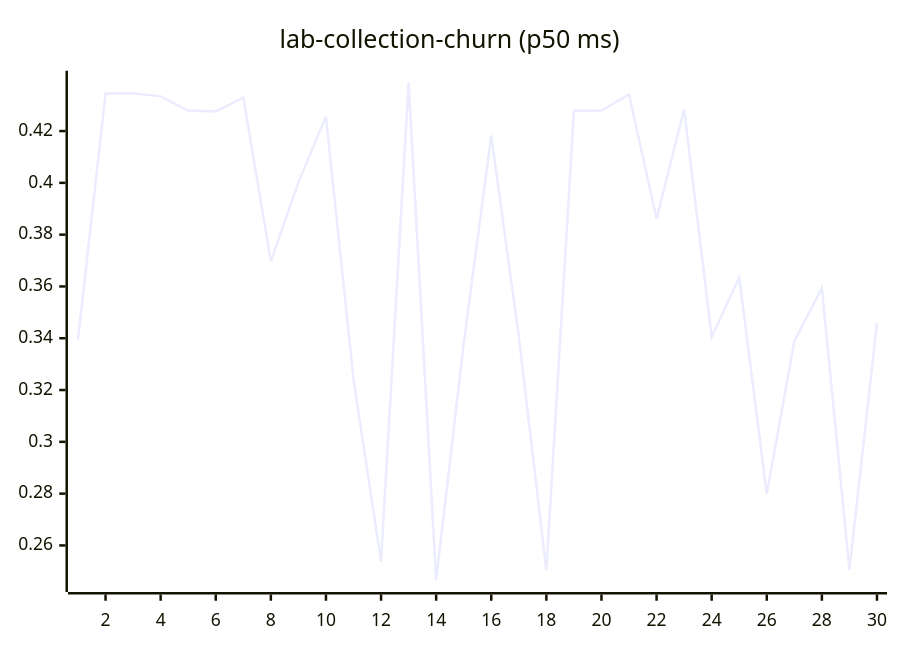
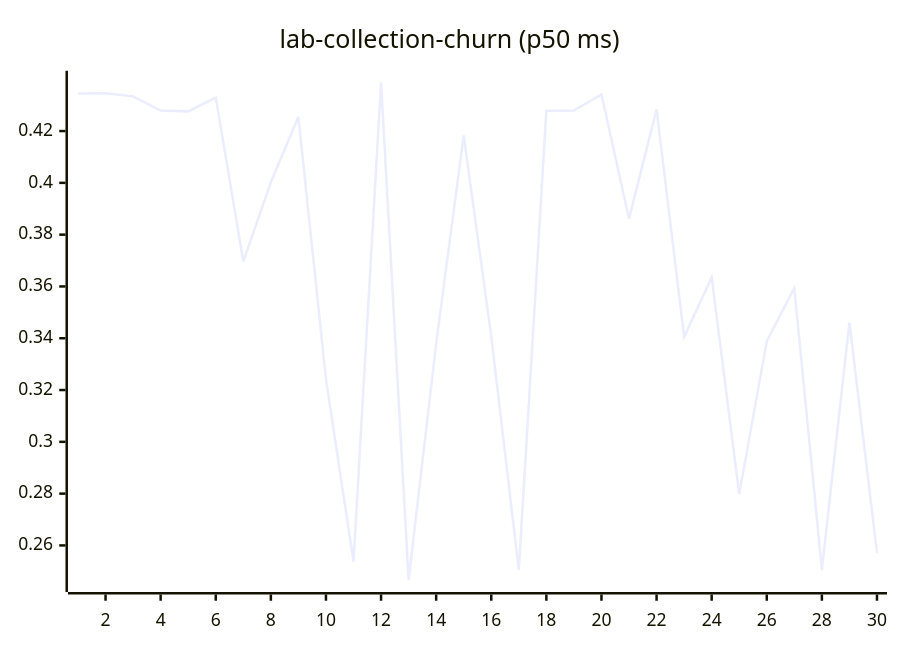
Diagram 11 of 27 in README.md (josha/Facet), drawn with Mermaid before and after one commit. The commit also changed other lines of this file and 2 other files, not shown here.

````diff
--- a/README.md
+++ b/README.md
@@ -133,6 +133,6 @@
 ```mermaid
 xychart-beta
     title "lab-collection-churn (p50 ms)"
     x-axis 1 --> 30
-    line [0.3395, 0.4345, 0.4346, 0.4334, 0.4279, 0.4276, 0.4329, 0.3697, 0.4002, 0.4255, 0.3242, 0.2538, 0.4387, 0.2466, 0.3379, 0.4183, 0.3407, 0.2505, 0.4278, 0.4279, 0.4341, 0.3861, 0.4284, 0.3405, 0.3635, 0.2798, 0.3389, 0.3594, 0.2506, 0.3460]
+    line [0.4345, 0.4346, 0.4334, 0.4279, 0.4276, 0.4329, 0.3697, 0.4002, 0.4255, 0.3242, 0.2538, 0.4387, 0.2466, 0.3379, 0.4183, 0.3407, 0.2505, 0.4278, 0.4279, 0.4341, 0.3861, 0.4284, 0.3405, 0.3635, 0.2798, 0.3389, 0.3594, 0.2506, 0.3460, 0.2571]
 ```
````
